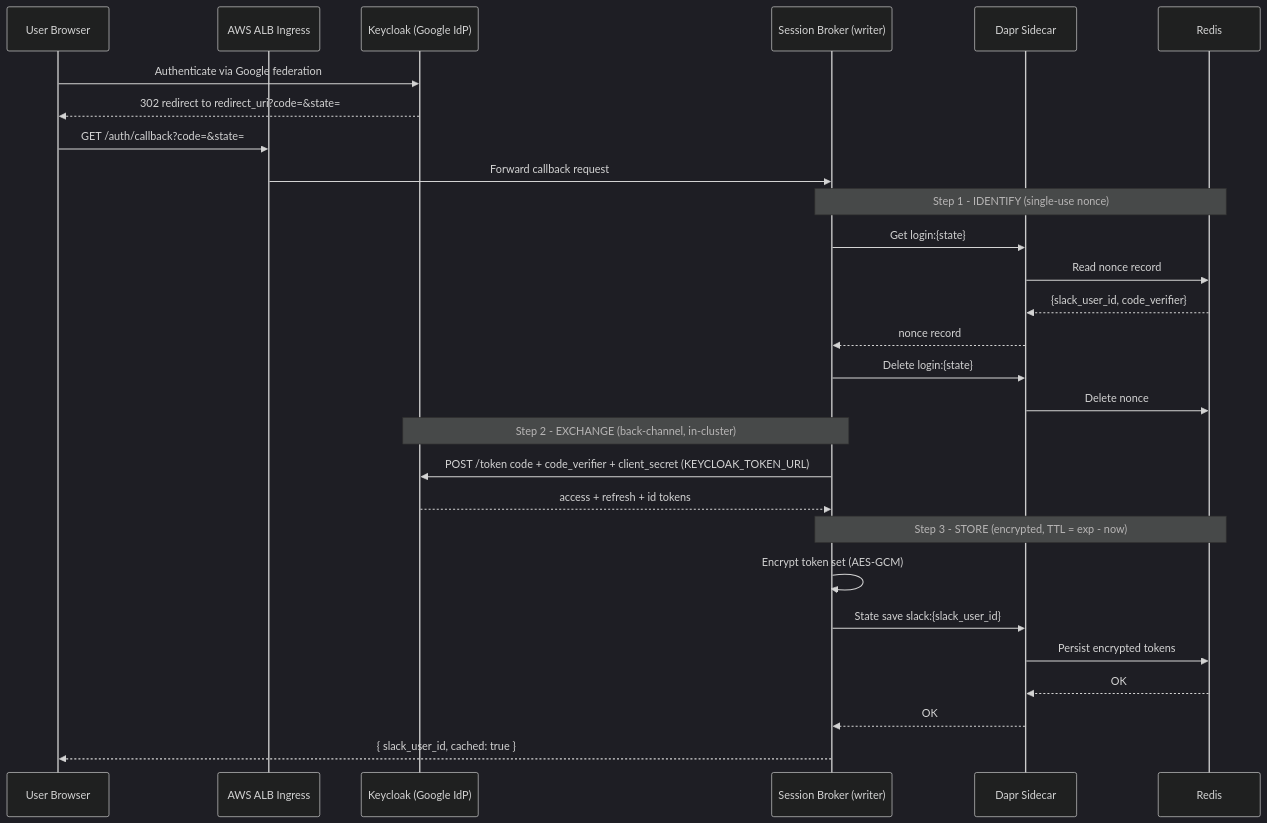
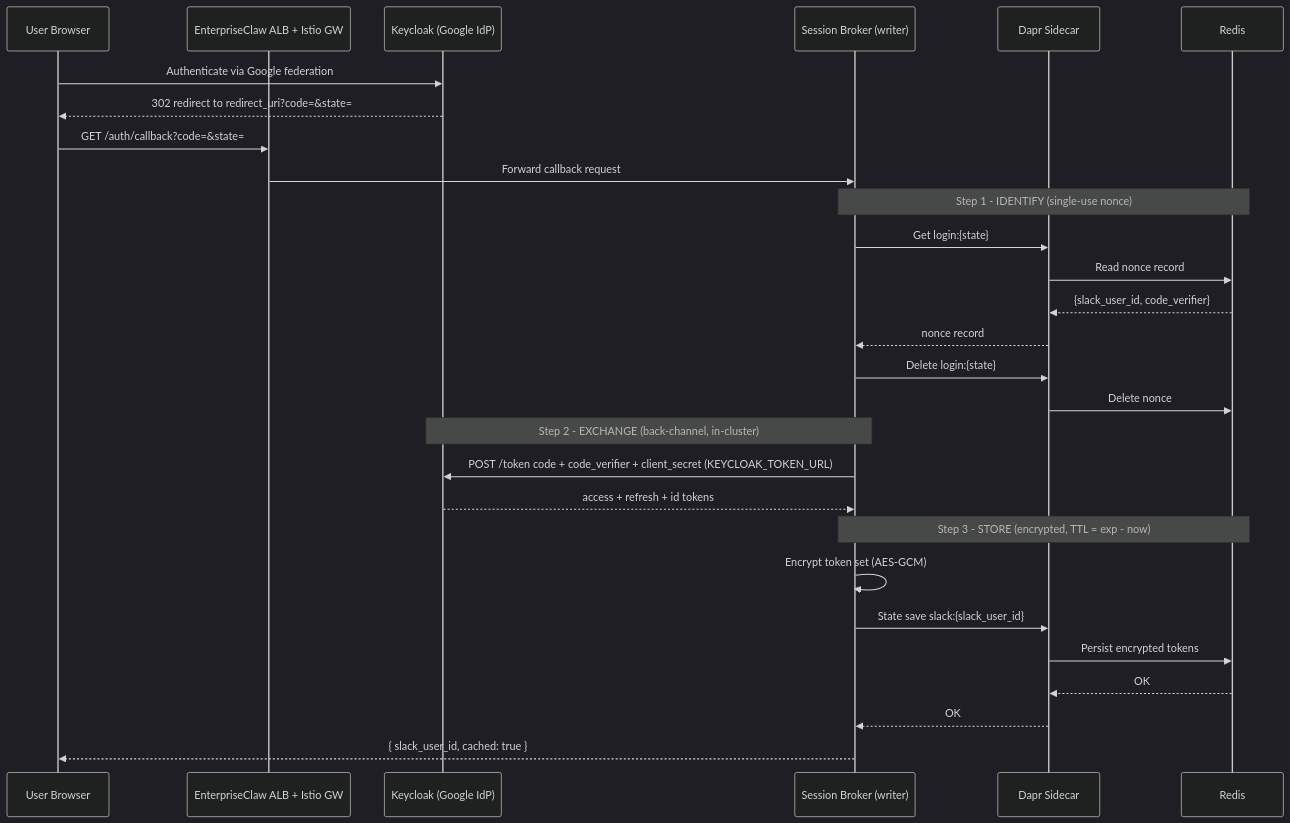
Before and after one commit to jdarguello/Session-Broker: the third of 4 diagrams in docs/docs/architecture/overview.mdx, drawn with Mermaid (dark theme). The commit also changed other lines of this file and 6 other files, not shown here.

````diff
--- a/docs/docs/architecture/overview.mdx
+++ b/docs/docs/architecture/overview.mdx
@@ -78,34 +78,34 @@
 ```mermaid
 sequenceDiagram
     participant U as User Browser
-    participant ALB as AWS ALB Ingress
+    participant ALB as EnterpriseClaw ALB + Istio GW
     participant K as Keycloak (Google IdP)
     participant B as Session Broker (writer)
     participant D as Dapr Sidecar
     participant R as Redis
 
     U->>K: Authenticate via Google federation
     K-->>U: 302 redirect to redirect_uri?code=&state=
     U->>ALB: GET /auth/callback?code=&state=
     ALB->>B: Forward callback request
 
     Note over B,R: Step 1 - IDENTIFY (single-use nonce)
     B->>D: Get login:{state}
     D->>R: Read nonce record
     R-->>D: {slack_user_id, code_verifier}
     D-->>B: nonce record
     B->>D: Delete login:{state}
     D->>R: Delete nonce
 
     Note over B,K: Step 2 - EXCHANGE (back-channel, in-cluster)
     B->>K: POST /token code + code_verifier + client_secret (KEYCLOAK_TOKEN_URL)
     K-->>B: access + refresh + id tokens
 
     Note over B,R: Step 3 - STORE (encrypted, TTL = exp - now)
     B->>B: Encrypt token set (AES-GCM)
     B->>D: State save slack:{slack_user_id}
     D->>R: Persist encrypted tokens
     R-->>D: OK
     D-->>B: OK
     B-->>U: { slack_user_id, cached: true }
 ```
````
